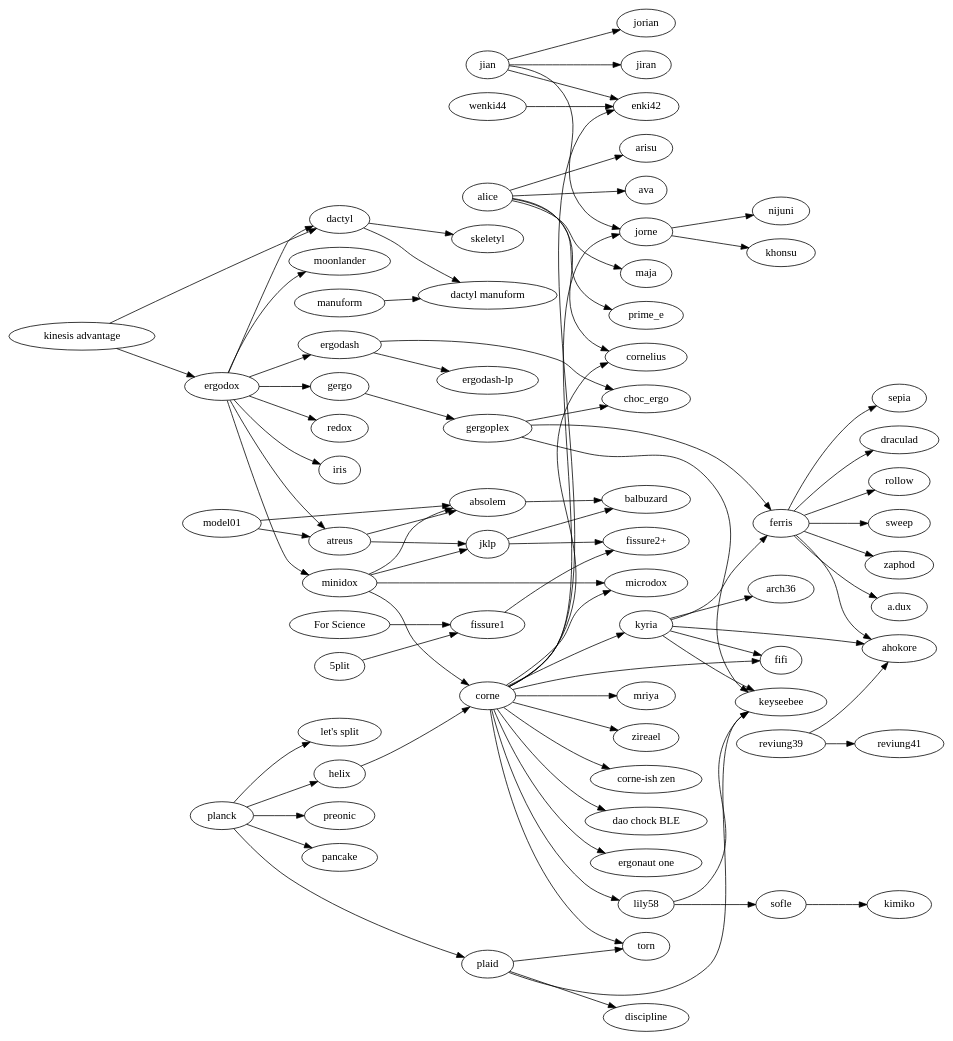
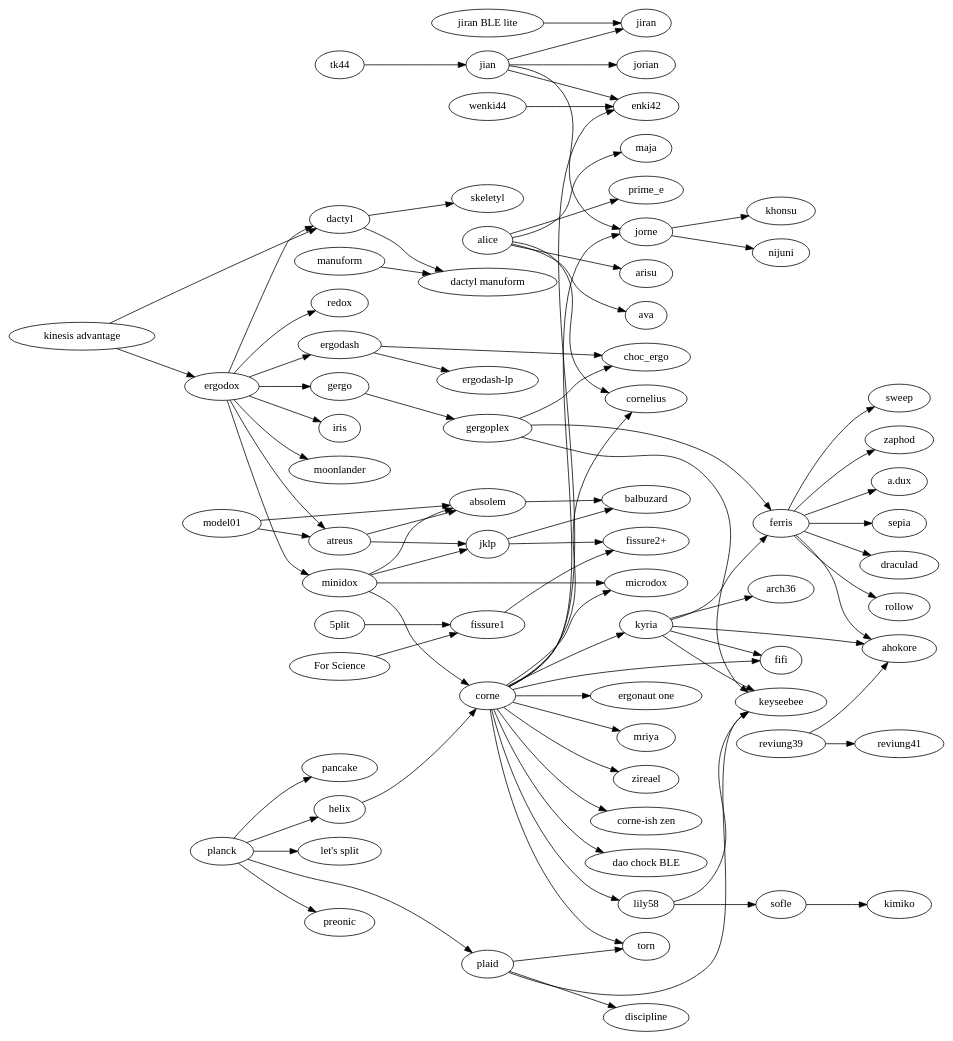
The diagram in tree.gv (joric/graph), drawn with Graphviz before and after one commit. The commit also changed 1 other file, not shown here.

```diff
--- a/tree.gv
+++ b/tree.gv
@@ -1,153 +1,155 @@
 digraph {
   rankdir=LR;
 
   subgraph splits {
     helix -> corne;
     wenki44 -> enki42;
+    "jiran BLE lite" -> jiran;
 
     jian -> {
       jorian;
       jorne;
       jiran;
       enki42;
     }
 
     jorne -> {
       nijuni;
       khonsu;
     }
 
     corne -> {
       "corne-ish zen";
       cornelius;
       fifi;
       kyria;
       lily58;
       microdox;
       torn;
       jorne;
       "dao chock BLE";
       "ergonaut one";
       mriya;
       zireael;
       enki42;
     };
 
     lily58 -> {
       keyseebee;
       sofle;
     };
 
     kyria -> {
         ahokore;
         arch36;
         ferris;
         fifi;
         keyseebee;
     };
 
     "kinesis advantage" -> {
       ergodox;
       dactyl;
     };
 
     ergodox -> {
       atreus;
       dactyl;
       ergodash;
       gergo;
       iris;
       minidox;
       moonlander;
       redox;
     };
 
     ergodash -> {
       "ergodash-lp";
       choc_ergo;
     };
 
     gergo -> gergoplex;
     gergoplex -> {
       choc_ergo;
       ferris;
       keyseebee;
     };
 
     ferris -> {
       ahokore;
       sepia;
       draculad;
       rollow;
       sweep;
       zaphod;
       "a.dux";
     };
 
     manuform -> "dactyl manuform";
 
     minidox -> {
       absolem;
       corne;
       microdox;
       jklp;
     };
 
     model01 -> {
       absolem;
       atreus;
     };
 
     sofle -> kimiko;
 
     "5plit" -> "fissure1";
     "For Science" -> "fissure1";
     fissure1 -> "fissure2+";
     jklp -> "fissure2+";
   }
 
   subgraph unibody {
     atreus -> {
       absolem;
       jklp;
     };
     jklp -> balbuzard;
     absolem -> balbuzard;
     reviung39 -> {
       ahokore;
       reviung41;
     };
+    tk44->jian;
   };
 
   subgraph ortholinear {
     plaid -> {
       discipline;
       keyseebee;
       torn;
     };
     planck -> {
       helix;
       "let's split";
       plaid;
       preonic;
       pancake;
     };
   }
 
   subgraph {
     dactyl -> {
       "dactyl manuform";
       skeletyl;
     }
   }
 
   subgraph alicefamily {
     alice -> {
       arisu;
       ava;
       cornelius;
       maja;
       prime_e;
     }
   }
 }
```
